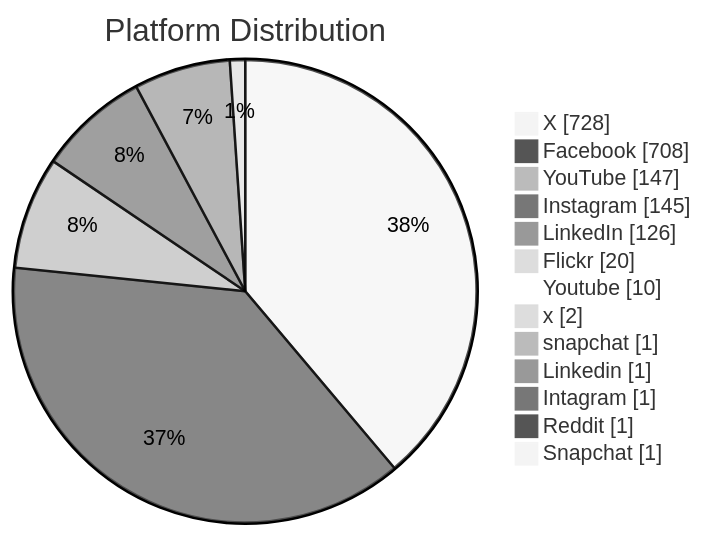
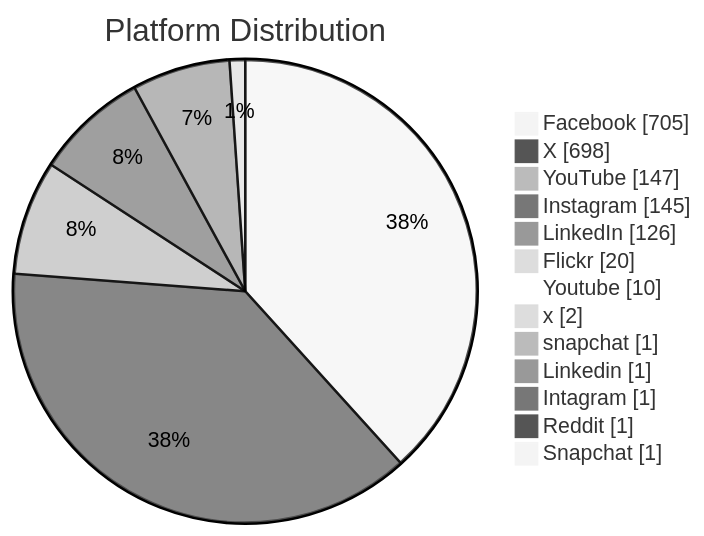
One commit to PatLittle/GC-Socials changed the second of 6 diagrams in README.md. Above: the diagram before and after it, drawn with Mermaid (neutral theme). The commit also changed other lines of this file, not shown here.

Commit message:
Update README with Platform Distribution pie chart

````diff
--- a/README.md
+++ b/README.md
@@ -47,16 +47,16 @@
 ```mermaid
 pie showData title Platform Distribution
-    "X": 728
-    "Facebook": 708
+    "Facebook": 705
+    "X": 698
     "YouTube": 147
     "Instagram": 145
     "LinkedIn": 126
     "Flickr": 20
     "Youtube": 10
     "x": 2
     "snapchat": 1
     "Linkedin": 1
     "Intagram": 1
     "Reddit": 1
     "Snapchat": 1
 ```
````
